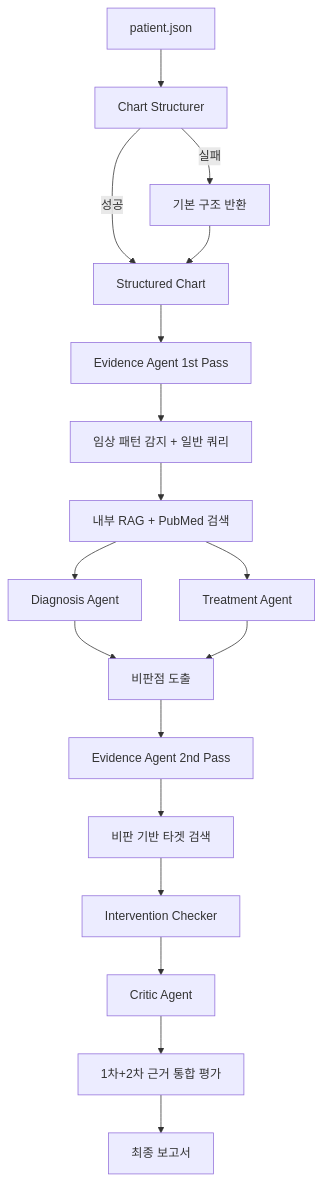
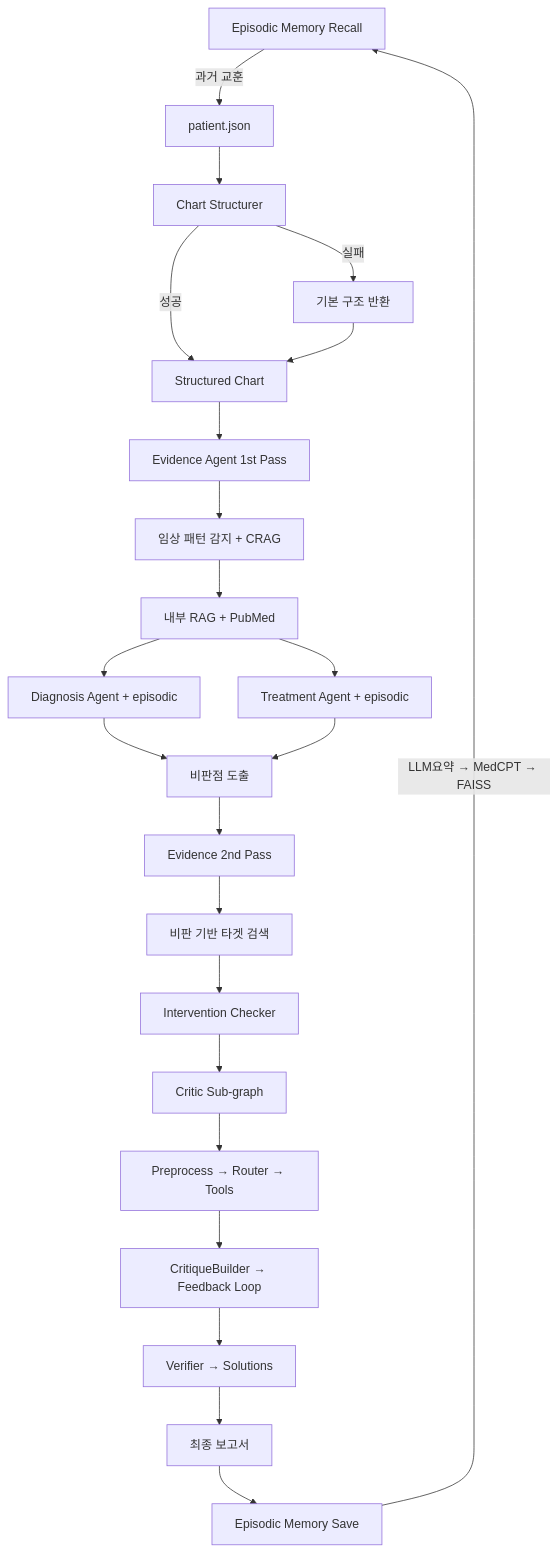
The diagram in README.md (kimdappi/LGBM), drawn with Mermaid before and after one commit. The commit also changed other lines of this file and 18 other files, not shown here.

````diff
--- a/README.md
+++ b/README.md
@@ -343,20 +383,25 @@
 ```mermaid
 graph TD
+    EP1[Episodic Memory Recall] -->|과거 교훈| A
     A[patient.json] --> B[Chart Structurer]
     B -->|실패| B2[기본 구조 반환]
     B -->|성공| C[Structured Chart]
     B2 --> C
     C --> D[Evidence Agent 1st Pass]
-    D --> E[임상 패턴 감지 + 일반 쿼리]
-    E --> F[내부 RAG + PubMed 검색]
-    F --> G1[Diagnosis Agent]
-    F --> G2[Treatment Agent]
+    D --> E[임상 패턴 감지 + CRAG]
+    E --> F[내부 RAG + PubMed]
+    F --> G1[Diagnosis Agent + episodic]
+    F --> G2[Treatment Agent + episodic]
     G1 --> H[비판점 도출]
     G2 --> H
-    H --> I[Evidence Agent 2nd Pass]
+    H --> I[Evidence 2nd Pass]
     I --> I2[비판 기반 타겟 검색]
     I2 --> J[Intervention Checker]
-    J --> K[Critic Agent]
-    K --> L[1차+2차 근거 통합 평가]
-    L --> M[최종 보고서]
+    J --> K[Critic Sub-graph]
+    K --> K1[Preprocess → Router → Tools]
+    K1 --> K2[CritiqueBuilder → Feedback Loop]
+    K2 --> K3[Verifier → Solutions]
+    K3 --> L[최종 보고서]
+    L --> EP2[Episodic Memory Save]
+    EP2 -->|LLM요약 → MedCPT → FAISS| EP1
 ```
````
